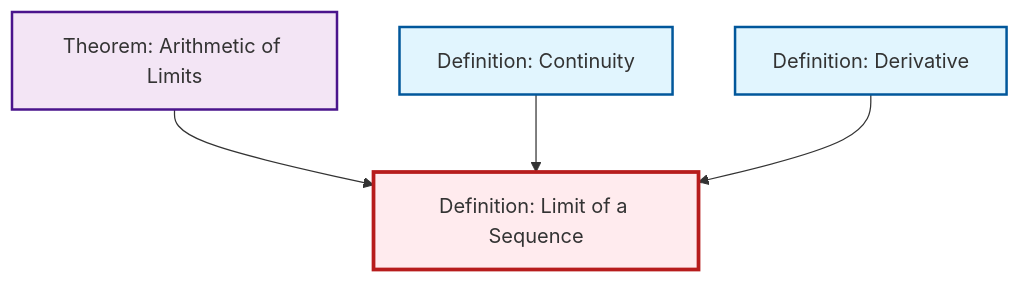
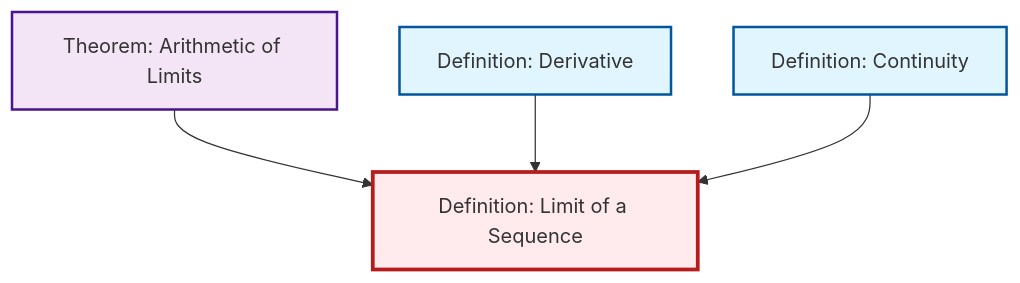
One commit to RK0429/ModernMath changed the diagram in output/mermaid/def-limit.mermaid. Above: the diagram before and after it, drawn with Mermaid. The commit also changed other lines of this file and 151 other files, not shown here.

````diff
--- a/output/mermaid/def-limit.mermaid
+++ b/output/mermaid/def-limit.mermaid
@@ -1,17 +1,17 @@
 ```{mermaid}
 %%| fig-cap: "Local dependency graph"
 graph TD
     classDef definition fill:#e1f5fe,stroke:#01579b,stroke-width:2px
     classDef theorem fill:#f3e5f5,stroke:#4a148c,stroke-width:2px
     classDef axiom fill:#fff3e0,stroke:#e65100,stroke-width:2px
     classDef example fill:#e8f5e9,stroke:#1b5e20,stroke-width:2px
     classDef current fill:#ffebee,stroke:#b71c1c,stroke-width:3px
+    def-derivative["Definition: Derivative"]:::definition
+    def-limit["Definition: Limit of a Sequence"]:::definition
+    thm-limit-arithmetic["Theorem: Arithmetic of Limits"]:::theorem
     def-continuity["Definition: Continuity"]:::definition
-    def-limit["Definition: Limit of a Sequence"]:::definition
-    def-derivative["Definition: Derivative"]:::definition
-    thm-limit-arithmetic["Theorem: Arithmetic of Limits"]:::theorem
     thm-limit-arithmetic --> def-limit
+    def-derivative --> def-limit
     def-continuity --> def-limit
-    def-derivative --> def-limit
     class def-limit current
 ```
````
